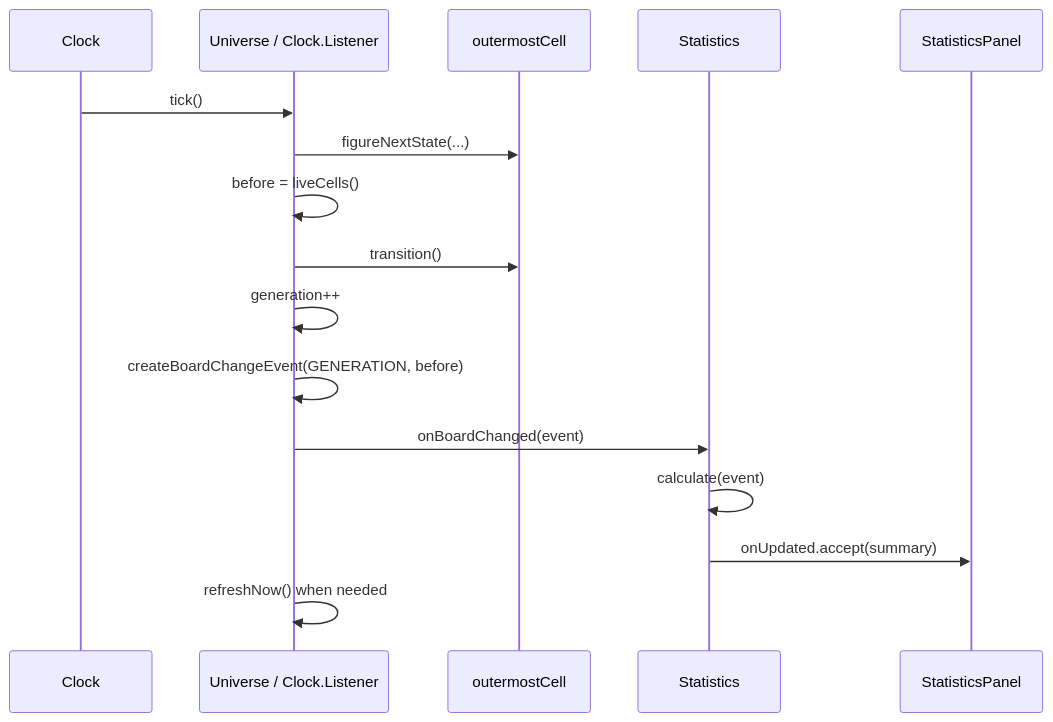
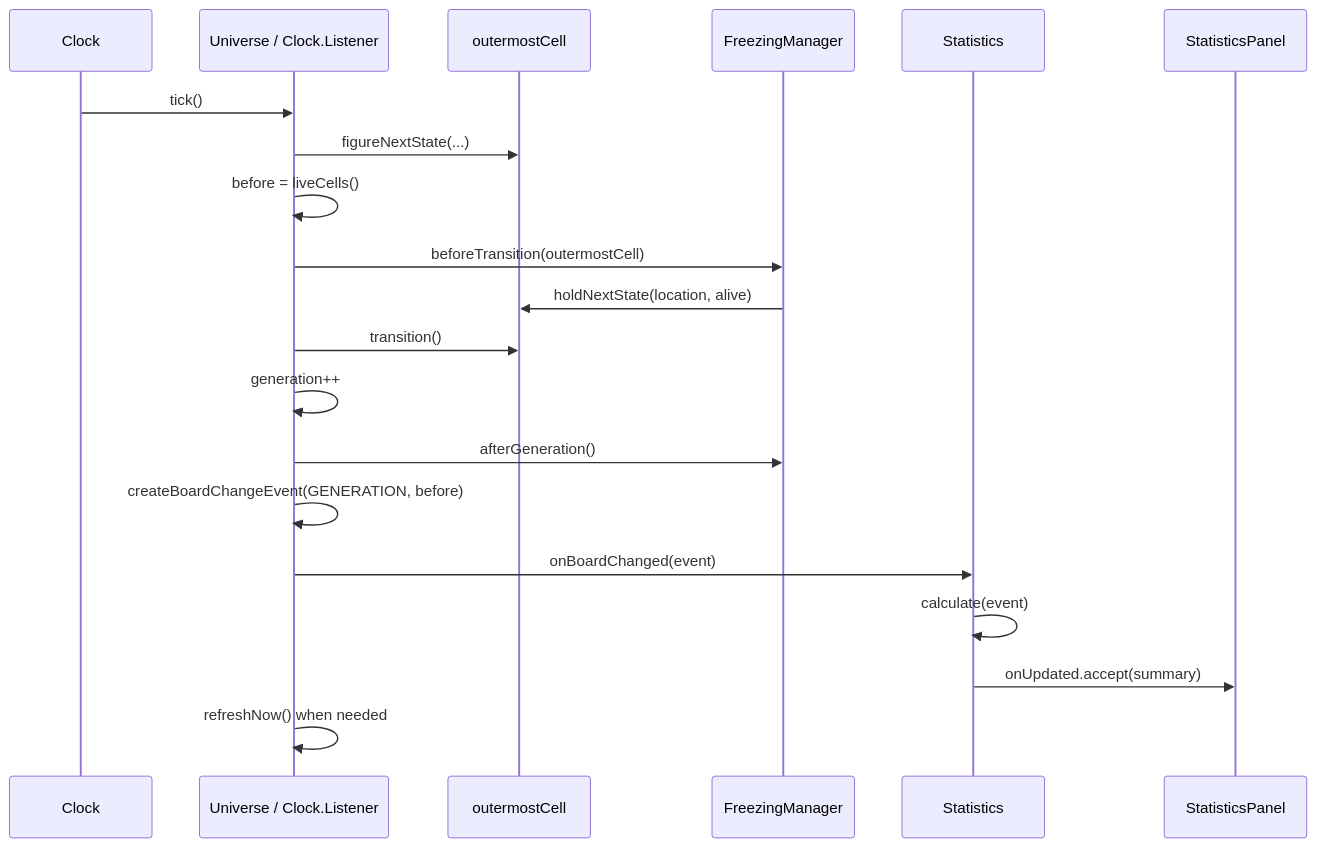
The second of 2 diagrams in docs/statistics.md (mckimR1972/DP_team_project), drawn with Mermaid before and after one commit. The commit also changed other lines of this file, not shown here.

````diff
--- a/docs/statistics.md
+++ b/docs/statistics.md
@@ -96,18 +94,22 @@
 ```mermaid
 sequenceDiagram
     participant C as Clock
     participant U as Universe / Clock.Listener
     participant B as outermostCell
+    participant F as FreezingManager
     participant S as Statistics
     participant P as StatisticsPanel
     C->>U: tick()
     U->>B: figureNextState(...)
     U->>U: before = liveCells()
+    U->>F: beforeTransition(outermostCell)
+    F->>B: holdNextState(location, alive)
     U->>B: transition()
     U->>U: generation++
+    U->>F: afterGeneration()
     U->>U: createBoardChangeEvent(GENERATION, before)
     U->>S: onBoardChanged(event)
     S->>S: calculate(event)
     S->>P: onUpdated.accept(summary)
     U->>U: refreshNow() when needed
 ```
````
